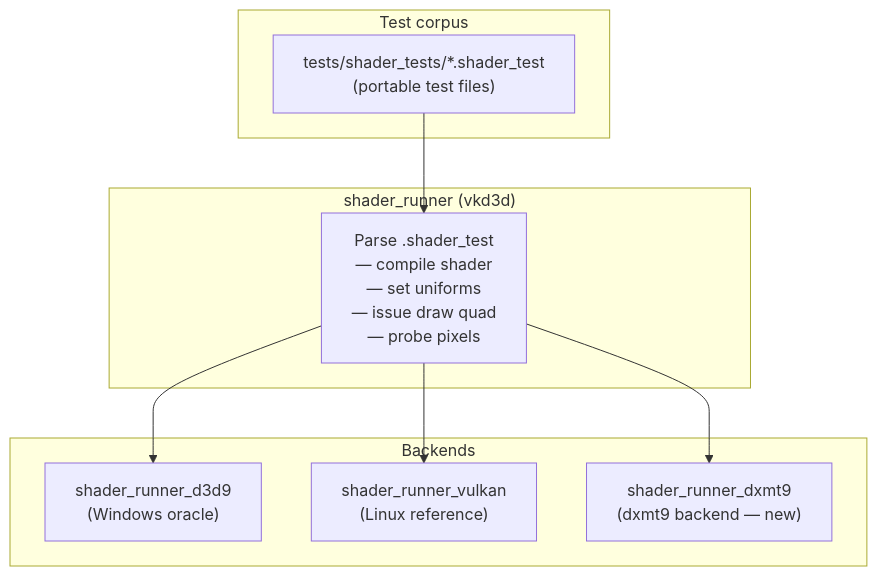
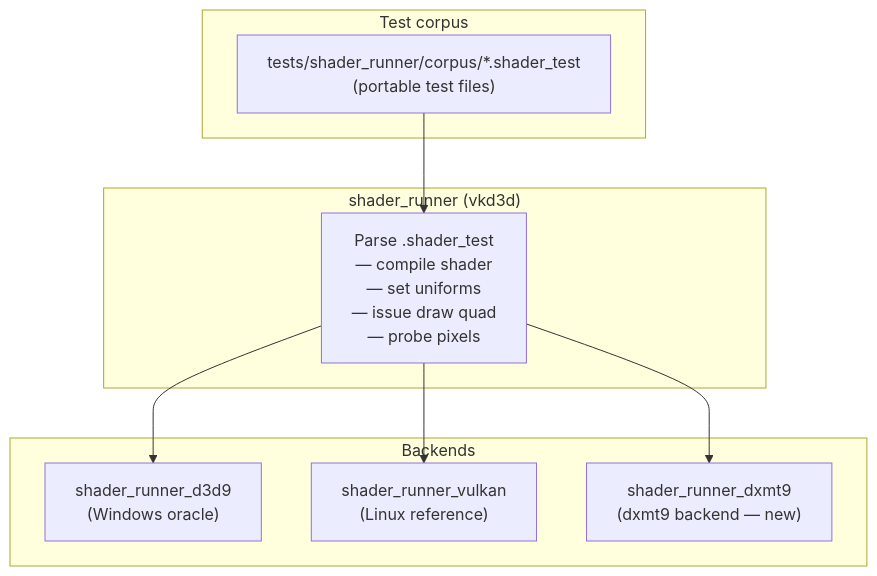
One commit to dfdgsdfg/dxmt9 changed the third of 7 diagrams in specs/tests/design.md. Above: the diagram before and after it, drawn with Mermaid. The commit also changed other lines of this file and 5 other files, not shown here.

````diff
--- a/specs/tests/design.md
+++ b/specs/tests/design.md
@@ -121,21 +121,21 @@
 ```mermaid
 graph TD
     subgraph Corpus["Test corpus"]
-        ST["tests/shader_tests/*.shader_test\n(portable test files)"]
+        ST["tests/shader_runner/corpus/*.shader_test\n(portable test files)"]
     end
 
     subgraph Runner["shader_runner (vkd3d)"]
         PARSE["Parse .shader_test\n— compile shader\n— set uniforms\n— issue draw quad\n— probe pixels"]
     end
 
     subgraph Backends
         D3D9["shader_runner_d3d9\n(Windows oracle)"]
         VK["shader_runner_vulkan\n(Linux reference)"]
         DXMT9["shader_runner_dxmt9\n(dxmt9 backend — new)"]
     end
 
     ST --> PARSE
     PARSE --> D3D9
     PARSE --> VK
     PARSE --> DXMT9
 ```
````
